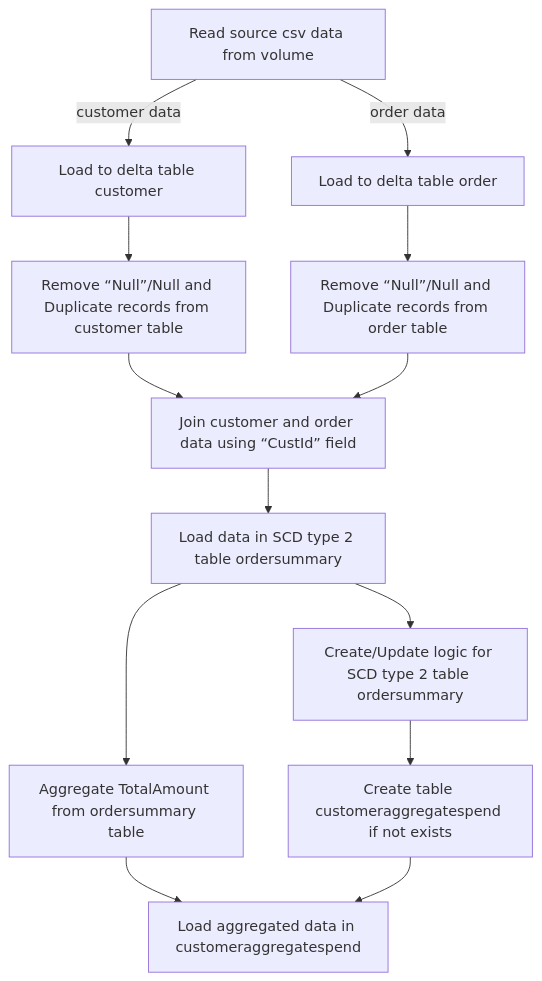
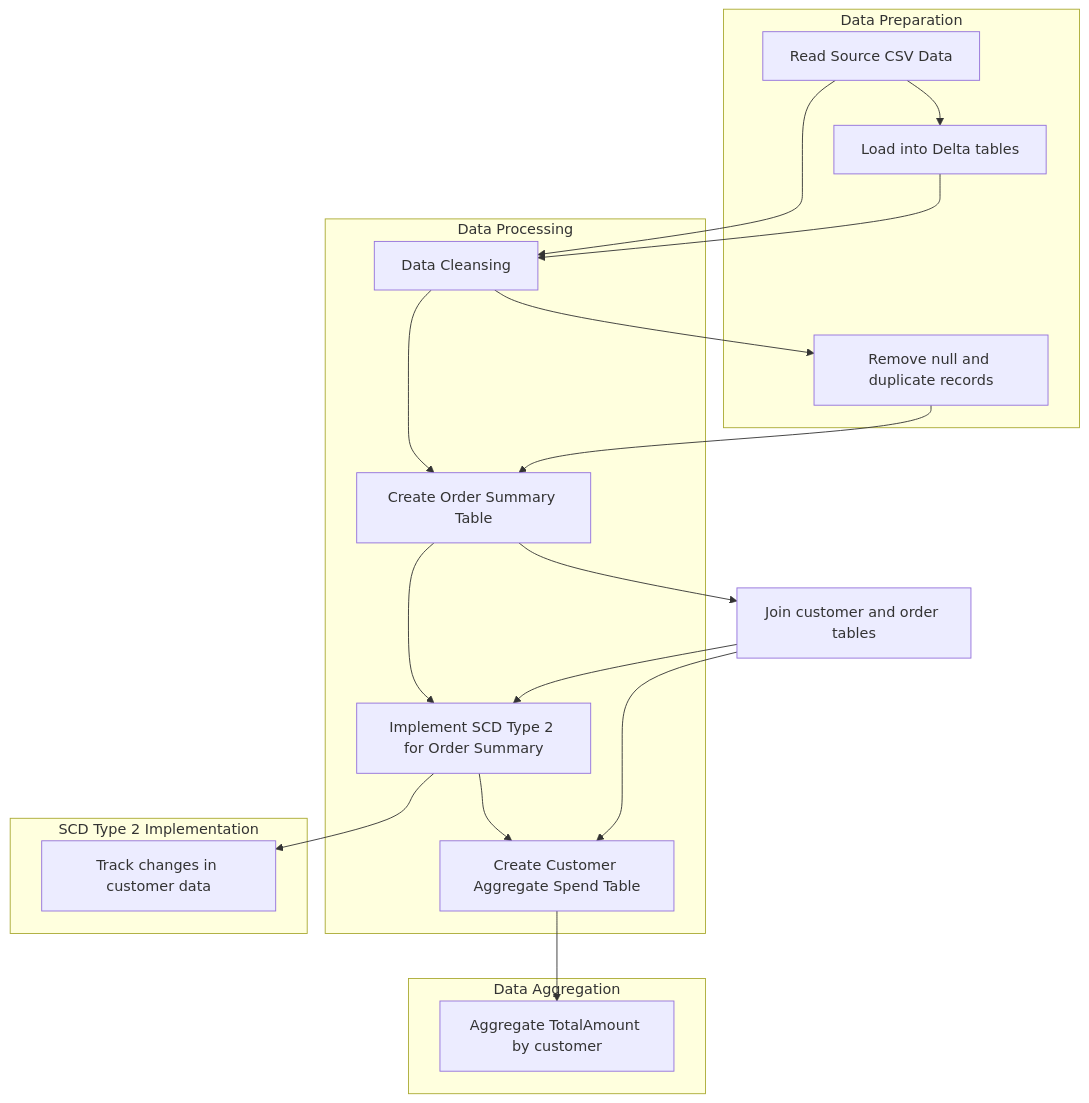
Before and after one commit to drvmuk/sdlc_genai_demo: the diagram in frds/FRD_SCD_Type_2_Implementation_for_Customer_and_Order_Data.md, drawn with Mermaid. The commit also changed other lines of this file, not shown here.

````diff
--- a/frds/FRD_SCD_Type_2_Implementation_for_Customer_and_Order_Data.md
+++ b/frds/FRD_SCD_Type_2_Implementation_for_Customer_and_Order_Data.md
@@ -54,15 +42,35 @@
 ```mermaid
 flowchart TD
-A[Read source csv data from volume] -->|customer data| B[Load to delta table customer]
-A -->|order data| C[Load to delta table order]
-B --> D[Remove “Null”/Null and Duplicate records from customer table]
-C --> E[Remove “Null”/Null and Duplicate records from order table]
-D --> F[Join customer and order data using “CustId” field]
-E --> F
-F --> G[Load data in SCD type 2 table ordersummary]
-G --> H[Create/Update logic for SCD type 2 table ordersummary]
-H --> I[Create table customeraggregatespend if not exists]
-G --> J[Aggregate TotalAmount from ordersummary table]
-J --> K[Load aggregated data in customeraggregatespend]
-I --> K
+A[Read Source CSV Data] --> B[Data Cleansing]
+B --> C[Create Order Summary Table]
+C --> D[Implement SCD Type 2 for Order Summary]
+D --> E[Create Customer Aggregate Spend Table]
+A --> F[Load into Delta tables]
+F --> B
+C --> G[Join customer and order tables]
+G --> D
+D --> H[Track changes in customer data]
+E --> I[Aggregate TotalAmount by customer]
+G --> E
+B --> J[Remove null and duplicate records] 
+J --> C 
+subgraph "Data Processing"
+B
+C
+D
+E
+end 
+subgraph "Data Preparation"
+A
+F
+J
+end 
+subgraph "SCD Type 2 Implementation"
+D
+H
+end 
+subgraph "Data Aggregation"
+E
+I
+end
 ```
````
